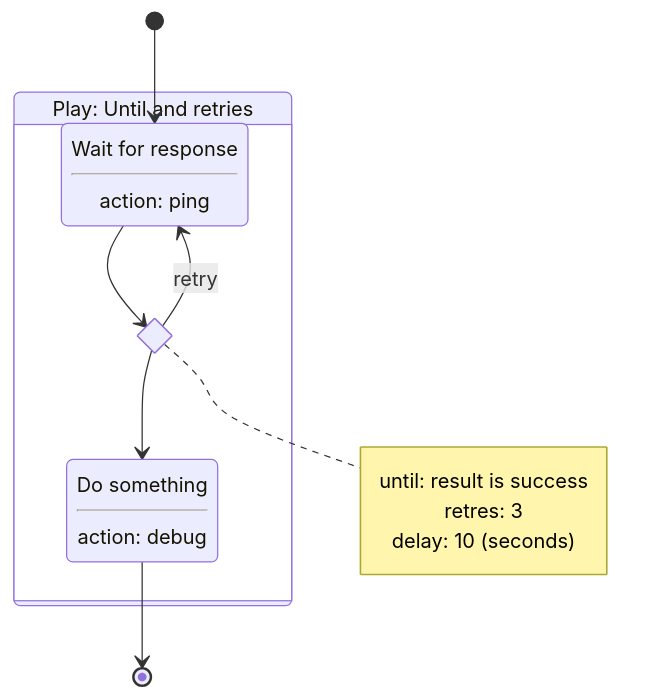
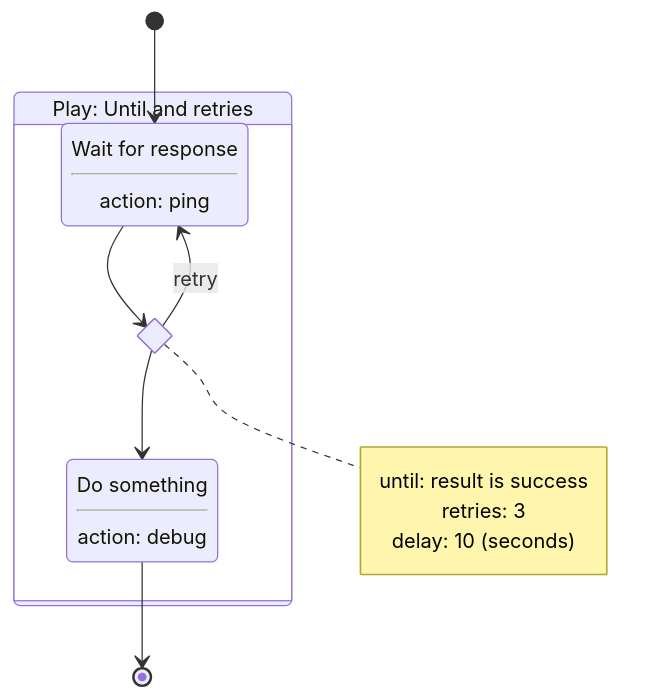
The diagram in test_playbook/expects/book_9_until_and_retry.mmd (teramako/playbook2uml), drawn with Mermaid before and after one commit. The commit also changed 3 other files, not shown here.

```diff
--- a/test_playbook/expects/book_9_until_and_retry.mmd
+++ b/test_playbook/expects/book_9_until_and_retry.mmd
@@ -1,16 +1,16 @@
 stateDiagram-v2
     state "Play: Until and retries" as play_1 {
         state "Wait for response<hr>action: ping" as task_1
         state task_1_until <<choice>>
         note right of task_1_until
             until: result is success
-            retres: 3
+            retries: 3
             delay: 10 (seconds)
         end note
         state "Do something<hr>action: debug" as task_2
     }
     [*] --> task_1
     task_1_until --> task_2
     task_1 --> task_1_until
     task_1_until --> task_1 : retry
     task_2 --> [*]
```
